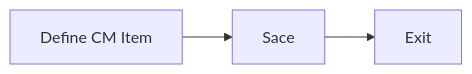
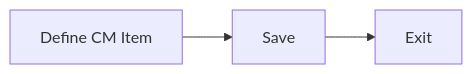
Before and after one commit to codersyacht/maximo-knowledge-center: the diagram in maximo/docs/asset-configuration-manager/cm-item-master-(cm)/define-cm-item-master.md, drawn with Mermaid.

Commit message:
define-cm-item-master.md

````diff
--- a/maximo/docs/asset-configuration-manager/cm-item-master-(cm)/define-cm-item-master.md
+++ b/maximo/docs/asset-configuration-manager/cm-item-master-(cm)/define-cm-item-master.md
@@ -19,5 +19,5 @@
 ```mermaid
 graph LR
-A[Define CM Item] --> B[Sace]
+A[Define CM Item] --> B[Save]
 B --> C[Exit]
 ```
````
